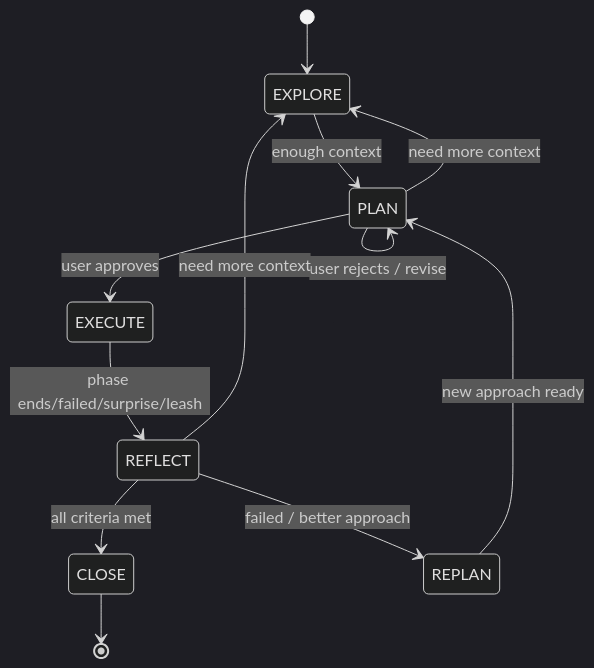
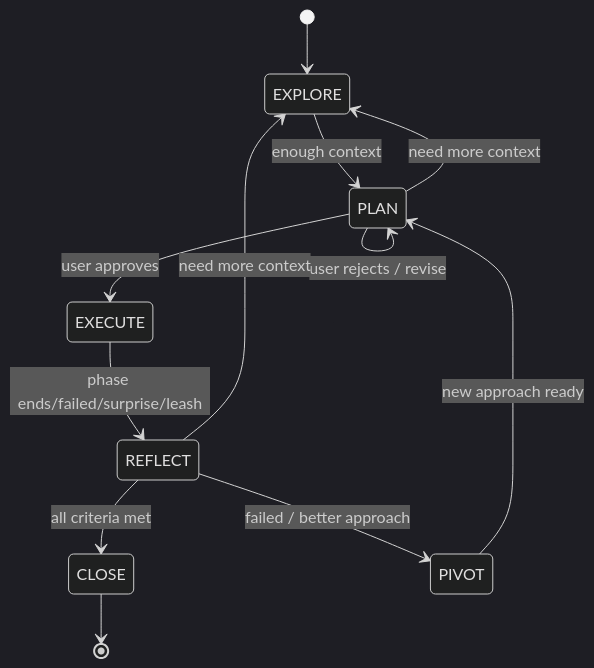
Before and after one commit to pellera9/iterative-planner: the diagram in src/SKILL.md, drawn with Mermaid (dark theme). The commit also changed other lines of this file and 11 other files, not shown here.

First line of the commit message:
Release v2.10.0: Rename REPLAN state to PIVOT across entire project

````diff
--- a/src/SKILL.md
+++ b/src/SKILL.md
@@ -20,14 +20,14 @@
 ```mermaid
 stateDiagram-v2
     [*] --> EXPLORE
     EXPLORE --> PLAN : enough context
     PLAN --> EXPLORE : need more context
     PLAN --> PLAN : user rejects / revise
     PLAN --> EXECUTE : user approves
     EXECUTE --> REFLECT : phase ends/failed/surprise/leash
     REFLECT --> CLOSE : all criteria met
-    REFLECT --> REPLAN : failed / better approach
+    REFLECT --> PIVOT : failed / better approach
     REFLECT --> EXPLORE : need more context
-    REPLAN --> PLAN : new approach ready
+    PIVOT --> PLAN : new approach ready
     CLOSE --> [*]
 ```
````
